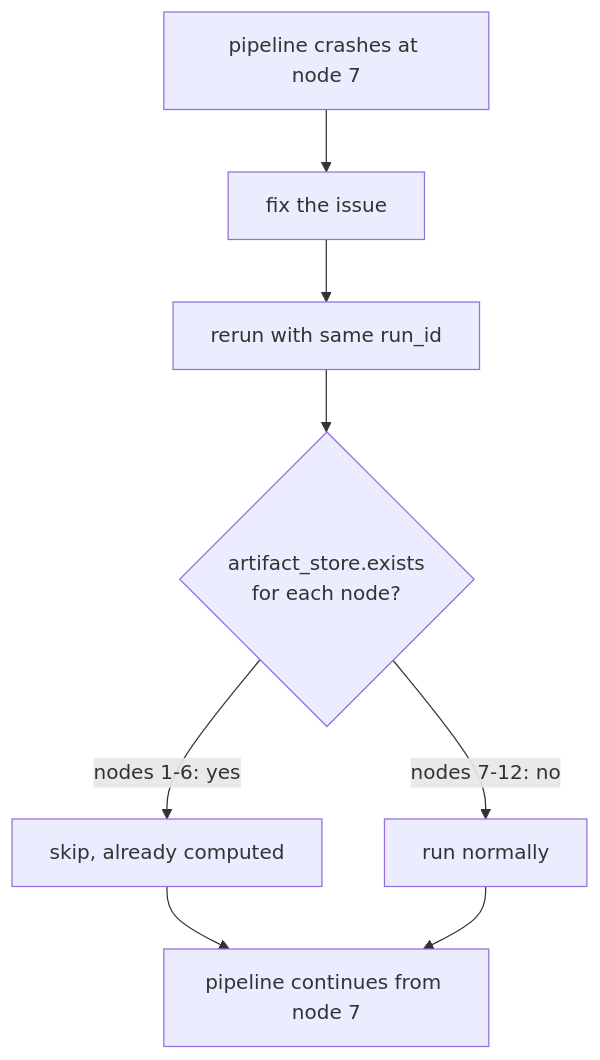
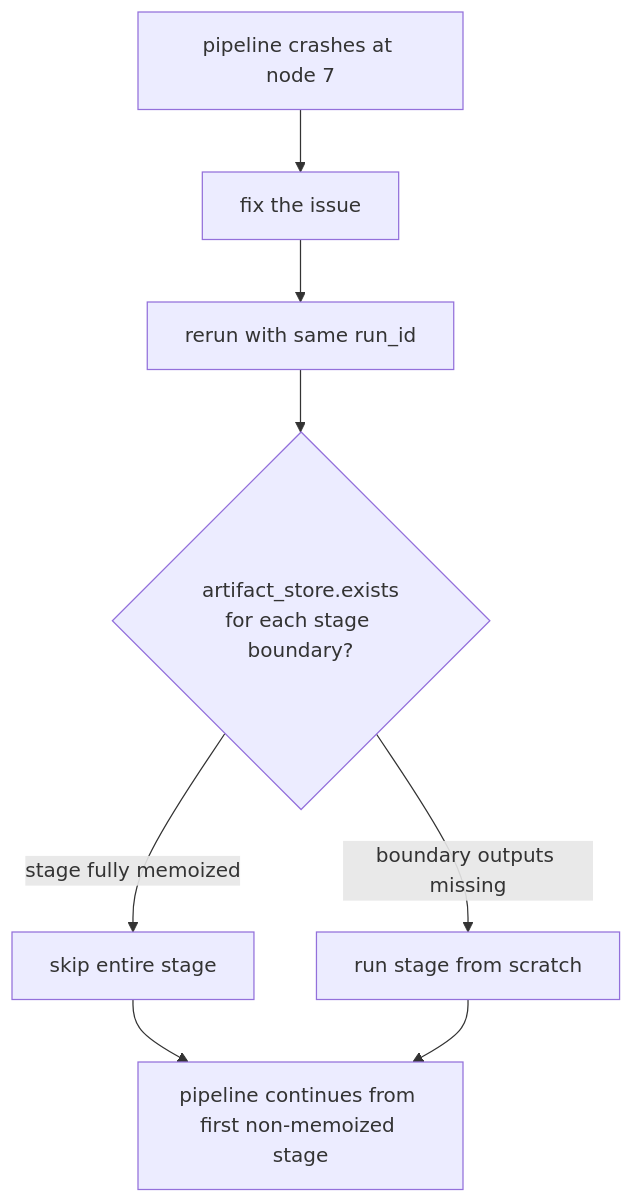
The fifth of 7 diagrams in fn_graph/examples/solution/05_failure_and_retry.md (ganeshhgupta/fn_graph), drawn with Mermaid before and after one commit. The commit also changed other lines of this file and 6 other files, not shown here.

````diff
--- a/fn_graph/examples/solution/05_failure_and_retry.md
+++ b/fn_graph/examples/solution/05_failure_and_retry.md
@@ -107,10 +109,10 @@
 ```mermaid
 flowchart TD
     A[pipeline crashes at node 7] --> B[fix the issue]
     B --> C[rerun with same run_id]
-    C --> D{artifact_store.exists\nfor each node?}
-    D -->|nodes 1-6: yes| E[skip, already computed]
-    D -->|nodes 7-12: no| F[run normally]
-    E --> G[pipeline continues from node 7]
+    C --> D{artifact_store.exists\nfor each stage boundary?}
+    D -->|stage fully memoized| E[skip entire stage]
+    D -->|boundary outputs missing| F[run stage from scratch]
+    E --> G[pipeline continues from first non-memoized stage]
     F --> G
 ```
````
